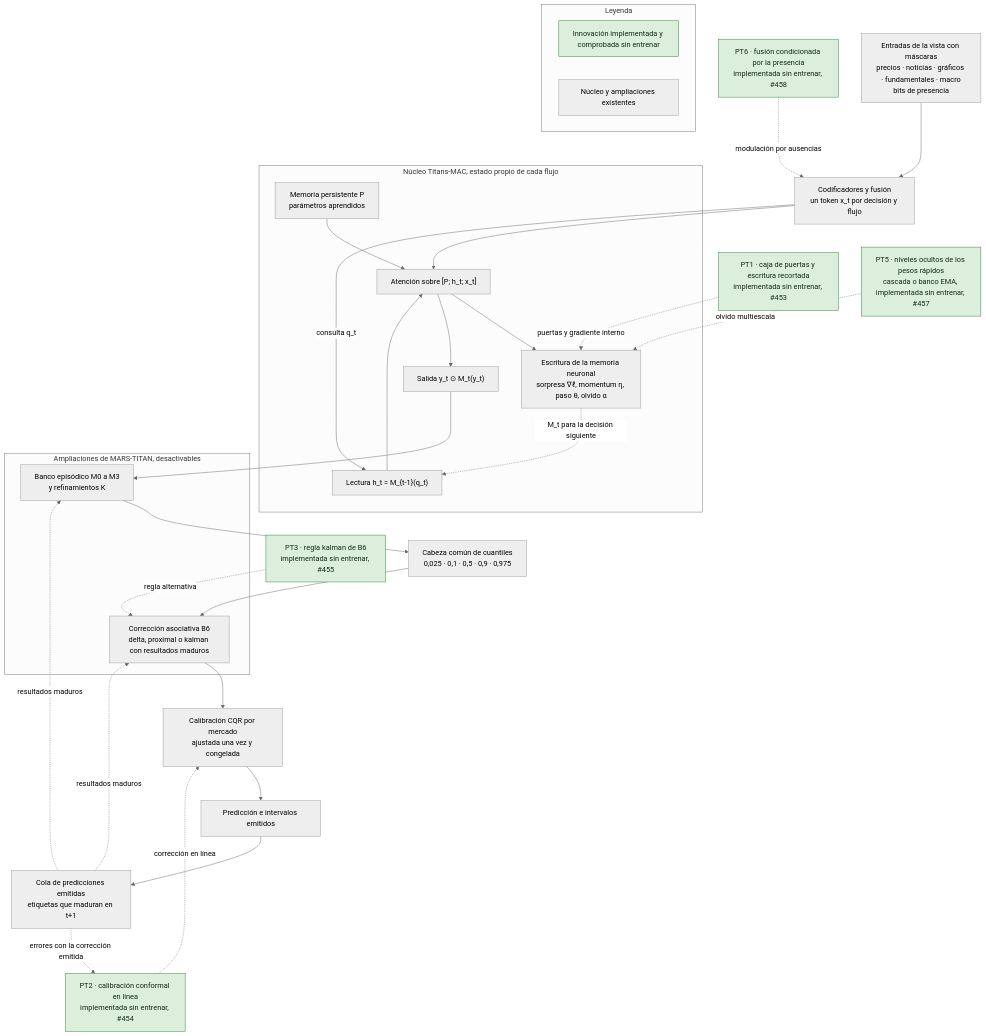
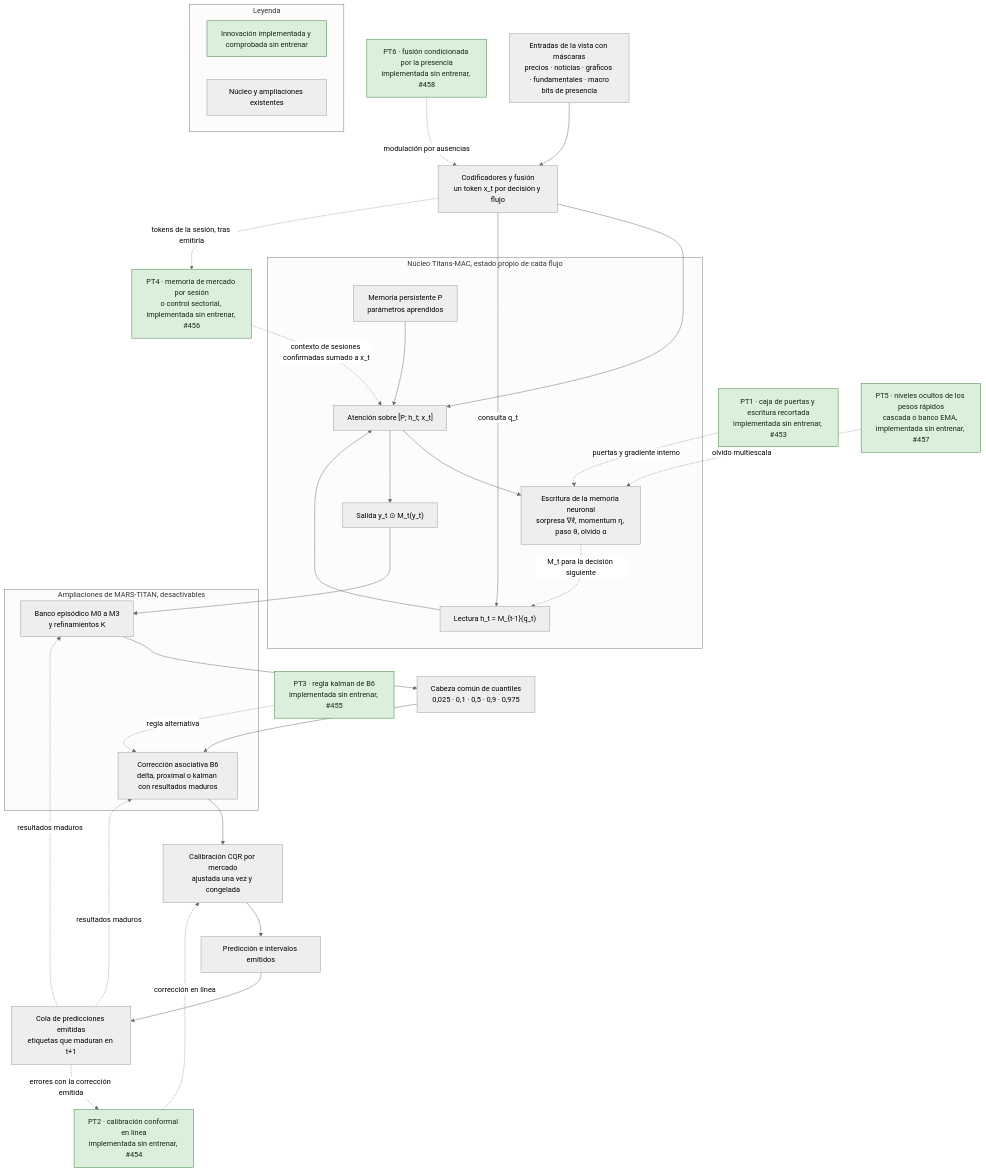
Before and after one commit to GonxKZ/mars-titan: the diagram in docs/research/titans-mac-architecture.md, drawn with Mermaid (neutral theme). The commit also changed other lines of this file and 2 other files, not shown here.

Commit message:
docs(models): specify the market memory with its sector control, order and declared comparison

````diff
--- a/docs/research/titans-mac-architecture.md
+++ b/docs/research/titans-mac-architecture.md
@@ -267,58 +267,61 @@
 ```mermaid
 flowchart TD
     IN["Entradas de la vista con máscaras<br/>precios · noticias · gráficos · fundamentales · macro<br/>bits de presencia"]
     ENC["Codificadores y fusión<br/>un token x_t por decisión y flujo"]
 
     subgraph MAC["Núcleo Titans-MAC, estado propio de cada flujo"]
         P["Memoria persistente P<br/>parámetros aprendidos"]
         RD["Lectura h_t = M_{t-1}(q_t)"]
         ATT["Atención sobre [P; h_t; x_t]"]
         WR["Escritura de la memoria neuronal<br/>sorpresa ∇ℓ, momentum η, paso θ, olvido α"]
         OG["Salida y_t ⊙ M_t(y_t)"]
     end
 
     PT1["PT1 · caja de puertas y escritura recortada<br/>implementada sin entrenar, #453"]:::comprobado
     PT6["PT6 · fusión condicionada por la presencia<br/>implementada sin entrenar, #458"]:::comprobado
     PT5["PT5 · niveles ocultos de los pesos rápidos<br/>cascada o banco EMA, implementada sin entrenar, #457"]:::comprobado
+    PT4["PT4 · memoria de mercado por sesión<br/>o control sectorial, implementada sin entrenar, #456"]:::comprobado
 
     subgraph EXT["Ampliaciones de MARS-TITAN, desactivables"]
         BANK["Banco episódico M0 a M3<br/>y refinamientos K"]
         B6["Corrección asociativa B6<br/>delta, proximal o kalman con resultados maduros"]
     end
 
     HEAD["Cabeza común de cuantiles<br/>0,025 · 0,1 · 0,5 · 0,9 · 0,975"]
 
     PT3["PT3 · regla kalman de B6<br/>implementada sin entrenar, #455"]:::comprobado
 
     CAL["Calibración CQR por mercado<br/>ajustada una vez y congelada"]
 
     PT2["PT2 · calibración conformal en línea<br/>implementada sin entrenar, #454"]:::comprobado
 
     OUT["Predicción e intervalos emitidos"]
     Q["Cola de predicciones emitidas<br/>etiquetas que maduran en t+1"]
 
     IN --> ENC --> ATT
     ENC -- consulta q_t --> RD
     P --> ATT
     RD --> ATT
     ATT --> WR
     ATT --> OG
     WR -. M_t para la decisión siguiente .-> RD
     OG --> BANK --> HEAD --> B6 --> CAL --> OUT
     OUT --> Q
     Q -. resultados maduros .-> BANK
     Q -. resultados maduros .-> B6
     Q -. errores con la corrección emitida .-> PT2
     PT1 -. puertas y gradiente interno .-> WR
     PT3 -. regla alternativa .-> B6
     PT2 -. corrección en línea .-> CAL
     PT6 -. modulación por ausencias .-> ENC
     PT5 -. olvido multiescala .-> WR
+    ENC -. tokens de la sesión, tras emitirla .-> PT4
+    PT4 -. contexto de sesiones confirmadas sumado a x_t .-> ATT
 
     subgraph LEY["Leyenda"]
         L1["Innovación implementada y comprobada sin entrenar"]:::comprobado
         L2["Núcleo y ampliaciones existentes"]
     end
 
     classDef comprobado fill:#dcefdc,stroke:#2e7d32,color:#102a12
 ```
````
